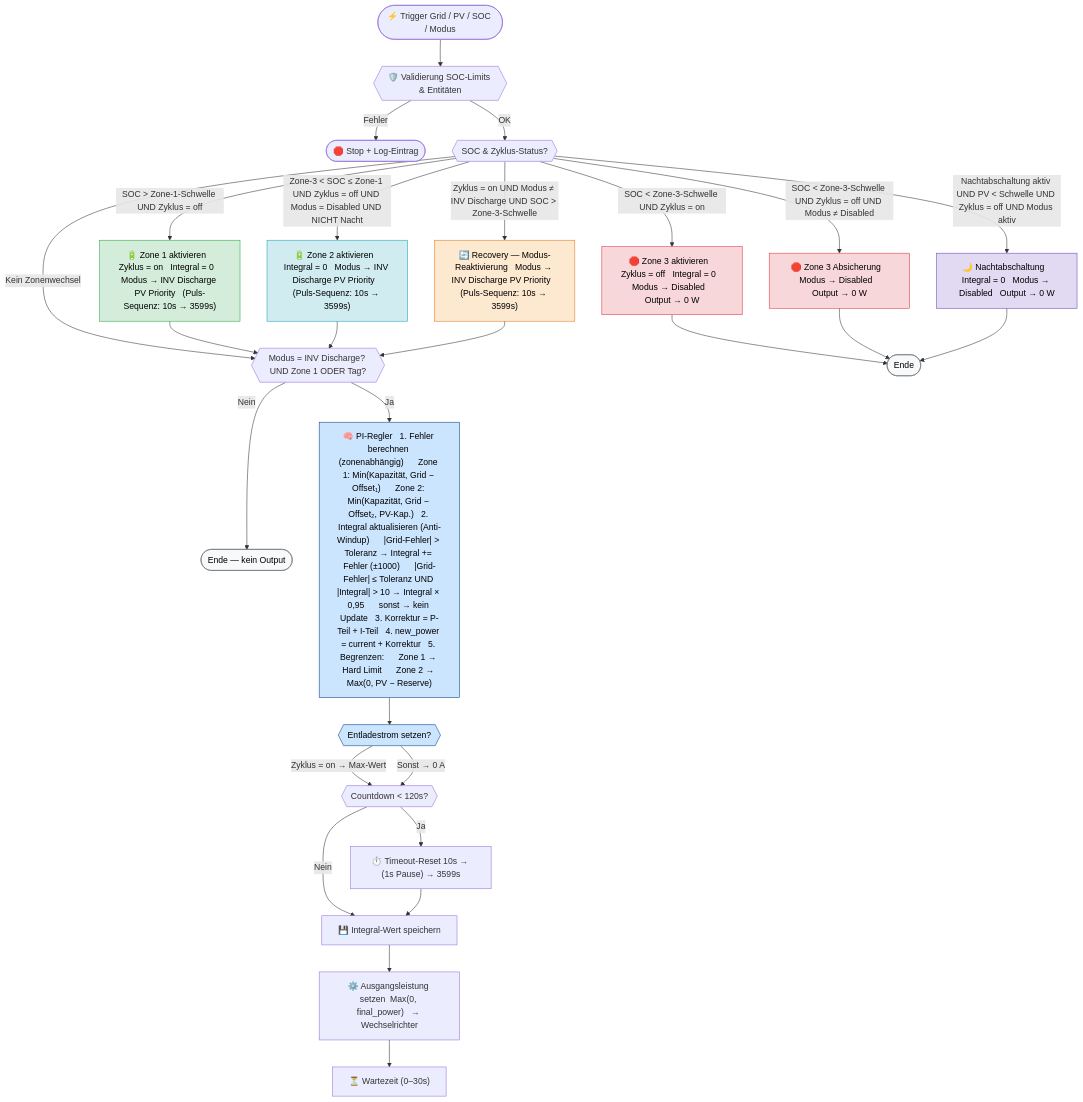
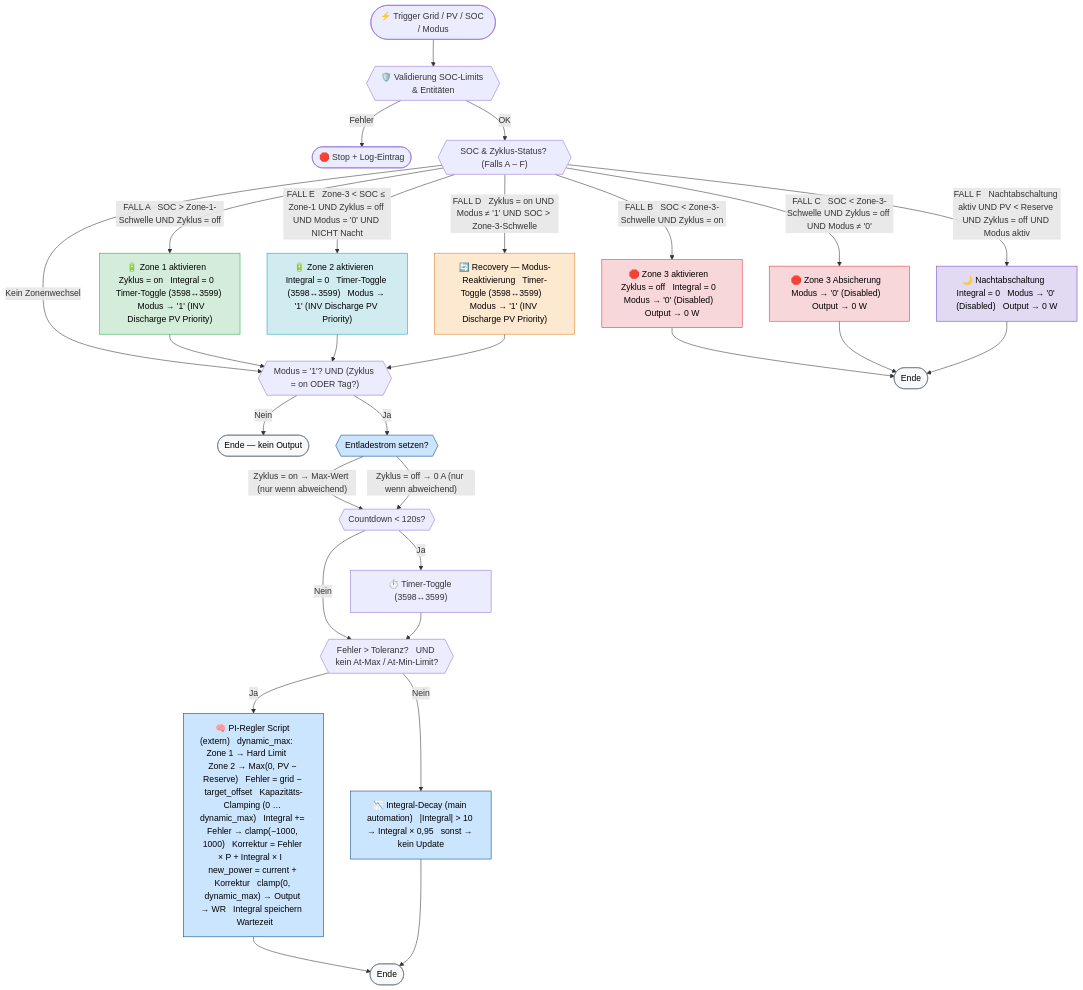
One commit to D4nte85/Solakon-One-Nulleinspeisung-Blueprint-homeassistant changed the diagram in Flowchart.md. Above: the diagram before and after it, drawn with Mermaid.

````diff
--- a/Flowchart.md
+++ b/Flowchart.md
@@ -6,33 +6,33 @@
         VAL -- Fehler --> STOP([🛑 Stop + Log-Eintrag])
         VAL -- OK --> ZONE_CHECK
 
-        ZONE_CHECK{{"SOC & Zyklus-Status?"}}
+        ZONE_CHECK{{"SOC & Zyklus-Status? (Falls A – F)"}}
 
-        %% ── Zone 1 ──────────────────────────────────────────────────
-        ZONE_CHECK -- "SOC > Zone-1-Schwelle UND Zyklus = off" --> Z1_START
-        Z1_START["🔋 Zone 1 aktivieren   Zyklus = on   Integral = 0   Modus → INV Discharge PV Priority   (Puls-Sequenz: 10s → 3599s)"]
+        %% ── Fall A: Zone 1 ───────────────────────────────────────────────────
+        ZONE_CHECK -- "FALL A   SOC > Zone-1-Schwelle UND Zyklus = off" --> Z1_START
+        Z1_START["🔋 Zone 1 aktivieren   Zyklus = on   Integral = 0   Timer-Toggle (3598↔3599)   Modus → '1' (INV Discharge PV Priority)"]
 
-        %% ── Zone 3 (Zyklus on) ──────────────────────────────────────
-        ZONE_CHECK -- "SOC < Zone-3-Schwelle UND Zyklus = on" --> Z3_A
-        Z3_A["🛑 Zone 3 aktivieren   Zyklus = off   Integral = 0   Modus → Disabled   Output → 0 W"]
+        %% ── Fall B: Zone 3 (Zyklus on) ──────────────────────────────────────
+        ZONE_CHECK -- "FALL B   SOC < Zone-3-Schwelle UND Zyklus = on" --> Z3_A
+        Z3_A["🛑 Zone 3 aktivieren   Zyklus = off   Integral = 0   Modus → '0' (Disabled)   Output → 0 W"]
 
-        %% ── Zone 3 (Absicherung) ────────────────────────────────────
-        ZONE_CHECK -- "SOC < Zone-3-Schwelle UND Zyklus = off UND Modus ≠ Disabled" --> Z3_B
-        Z3_B["🛑 Zone 3 Absicherung   Modus → Disabled   Output → 0 W"]
+        %% ── Fall C: Zone 3 (Absicherung) ────────────────────────────────────
+        ZONE_CHECK -- "FALL C   SOC < Zone-3-Schwelle UND Zyklus = off UND Modus ≠ '0'" --> Z3_B
+        Z3_B["🛑 Zone 3 Absicherung   Modus → '0' (Disabled)   Output → 0 W"]
 
-        %% ── Recovery ────────────────────────────────────────────────
-        ZONE_CHECK -- "Zyklus = on UND Modus ≠ INV Discharge UND SOC > Zone-3-Schwelle" --> RECOVERY
-        RECOVERY["🔄 Recovery — Modus-Reaktivierung   Modus → INV Discharge PV Priority   (Puls-Sequenz: 10s → 3599s)"]
+        %% ── Fall D: Recovery ─────────────────────────────────────────────────
+        ZONE_CHECK -- "FALL D   Zyklus = on UND Modus ≠ '1' UND SOC > Zone-3-Schwelle" --> RECOVERY
+        RECOVERY["🔄 Recovery — Modus-Reaktivierung   Timer-Toggle (3598↔3599)   Modus → '1' (INV Discharge PV Priority)"]
 
-        %% ── Zone 2 ──────────────────────────────────────────────────
-        ZONE_CHECK -- "Zone-3 < SOC ≤ Zone-1 UND Zyklus = off UND Modus = Disabled UND NICHT Nacht" --> Z2_START
-        Z2_START["🔋 Zone 2 aktivieren   Integral = 0   Modus → INV Discharge PV Priority   (Puls-Sequenz: 10s → 3599s)"]
+        %% ── Fall E: Zone 2 ───────────────────────────────────────────────────
+        ZONE_CHECK -- "FALL E   Zone-3 < SOC ≤ Zone-1 UND Zyklus = off UND Modus = '0' UND NICHT Nacht" --> Z2_START
+        Z2_START["🔋 Zone 2 aktivieren   Integral = 0   Timer-Toggle (3598↔3599)   Modus → '1' (INV Discharge PV Priority)"]
 
-        %% ── Nachtabschaltung ────────────────────────────────────────
-        ZONE_CHECK -- "Nachtabschaltung aktiv UND PV < Schwelle UND Zyklus = off UND Modus aktiv" --> NIGHT
-        NIGHT["🌙 Nachtabschaltung   Integral = 0   Modus → Disabled   Output → 0 W"]
+        %% ── Fall F: Nachtabschaltung ──────────────────────────────────────────
+        ZONE_CHECK -- "FALL F   Nachtabschaltung aktiv UND PV < Reserve UND Zyklus = off UND Modus aktiv" --> NIGHT
+        NIGHT["🌙 Nachtabschaltung   Integral = 0   Modus → '0' (Disabled)   Output → 0 W"]
 
-        %% ── Kein Zonenwechsel ───────────────────────────────────────
+        %% ── Kein Zonenwechsel ────────────────────────────────────────────────
         ZONE_CHECK -- "Kein Zonenwechsel" --> PI_GATE
 
         Z1_START --> PI_GATE
@@ -42,36 +42,35 @@
         Z3_B --> END_STOP
         NIGHT --> END_STOP
 
-        %% ── PI-Regler Gate ──────────────────────────────────────────
-        PI_GATE{{"Modus = INV Discharge? UND Zone 1 ODER Tag?"}}
+        %% ── PI-Regler Gate ───────────────────────────────────────────────────
+        PI_GATE{{"Modus = '1'? UND (Zyklus = on ODER Tag?)"}}
         PI_GATE -- Nein --> END_SKIP([Ende — kein Output])
-        PI_GATE -- Ja --> CALC_NORMAL
+        PI_GATE -- Ja --> DISCHARGE_SET
 
+        %% ── Schritt 1: Entladestrom ──────────────────────────────────────────
+        DISCHARGE_SET{{"Entladestrom setzen?"}}
+        DISCHARGE_SET -- "Zyklus = on → Max-Wert (nur wenn abweichend)" --> TIMEOUT_CHECK
+        DISCHARGE_SET -- "Zyklus = off → 0 A (nur wenn abweichend)" --> TIMEOUT_CHECK
 
-        %% ── PI-Pfad ────────────────────────────────────────
-        CALC_NORMAL["🧠 PI-Regler   1. Fehler berechnen (zonenabhängig)      Zone 1: Min(Kapazität, Grid − Offset₁)      Zone 2: Min(Kapazität, Grid − Offset₂, PV-Kap.)   2. Integral aktualisieren (Anti-Windup)      |Grid-Fehler| > Toleranz → Integral += Fehler (±1000)      |Grid-Fehler| ≤ Toleranz UND |Integral| > 10 → Integral × 0,95      sonst → kein Update   3. Korrektur = P-Teil + I-Teil   4. new_power = current + Korrektur   5. Begrenzen:      Zone 1 → Hard Limit      Zone 2 → Max(0, PV − Reserve)"]
-        CALC_NORMAL --> DISCHARGE_SET
+        %% ── Schritt 2: Timeout-Reset ─────────────────────────────────────────
+        TIMEOUT_CHECK{{"Countdown < 120s?"}}
+        TIMEOUT_CHECK -- Ja --> TIMEOUT_RESET["⏱️ Timer-Toggle (3598↔3599)"]
+        TIMEOUT_CHECK -- Nein --> PI_DECISION
+        TIMEOUT_RESET --> PI_DECISION
 
-        %% ── Entladestrom setzen ─────────────────────────────────────
-        DISCHARGE_SET{{"Entladestrom setzen?"}}
-        DISCHARGE_SET -- "Zyklus = on → Max-Wert" --> TIMEOUT_CHECK
-        DISCHARGE_SET -- "Sonst → 0 A" --> TIMEOUT_CHECK
+        %% ── Schritt 3: PI-Regler ─────────────────────────────────────────────
+        PI_DECISION{{"Fehler > Toleranz?   UND kein At-Max / At-Min-Limit?"}}
+        PI_DECISION -- Ja --> CALC_NORMAL
+        PI_DECISION -- Nein --> INTEGRAL_DECAY
 
-        %% ── Timeout ─────────────────────────────────────────────────
-        TIMEOUT_CHECK{{"Countdown < 120s?"}}
-        TIMEOUT_CHECK -- Ja --> TIMEOUT_RESET["⏱️ Timeout-Reset 10s → (1s Pause) → 3599s"]
-        TIMEOUT_CHECK -- Nein --> INTEGRAL_SAVE
-        TIMEOUT_RESET --> INTEGRAL_SAVE
+        CALC_NORMAL["🧠 PI-Regler Script (extern)   dynamic_max:      Zone 1 → Hard Limit      Zone 2 → Max(0, PV − Reserve)   Fehler = grid − target_offset   Kapazitäts-Clamping (0 … dynamic_max)   Integral += Fehler → clamp(−1000, 1000)   Korrektur = Fehler × P + Integral × I   new_power = current + Korrektur   clamp(0, dynamic_max) → Output → WR   Integral speichern   Wartezeit"]
 
-        %% ── Integral & Output ───────────────────────────────────────
-        INTEGRAL_SAVE["💾 Integral-Wert speichern"]
-        INTEGRAL_SAVE --> SET_OUTPUT
+        INTEGRAL_DECAY["📉 Integral-Decay (main automation)   |Integral| > 10 → Integral × 0,95   sonst → kein Update"]
 
-        SET_OUTPUT["⚙️ Ausgangsleistung setzen  Max(0, final_power)   → Wechselrichter"]
-        SET_OUTPUT --> WAIT["⏳ Wartezeit (0–30s)"]
+        CALC_NORMAL --> END_OK([Ende])
+        INTEGRAL_DECAY --> END_OK
 
-        %% ── Styles ──────────────────────────────────────────────────
-        classDef zone0 fill:#fff3cd,stroke:#f0ad4e,color:#000
+        %% ── Styles ───────────────────────────────────────────────────────────
         classDef zone1 fill:#d4edda,stroke:#28a745,color:#000
         classDef zone2 fill:#d1ecf1,stroke:#17a2b8,color:#000
         classDef zone3 fill:#f8d7da,stroke:#dc3545,color:#000
@@ -85,6 +84,6 @@
         class Z3_A,Z3_B zone3
         class NIGHT night
         class RECOVERY recovery
-        class CALC_NORMAL,DISCHARGE_SET pi
-        class END_STOP,END_SKIP,END_TOL,END_OK,BOOL_UPDATE end_node
+        class CALC_NORMAL,DISCHARGE_SET,INTEGRAL_DECAY pi
+        class END_STOP,END_SKIP,END_OK end_node
 ```
````
